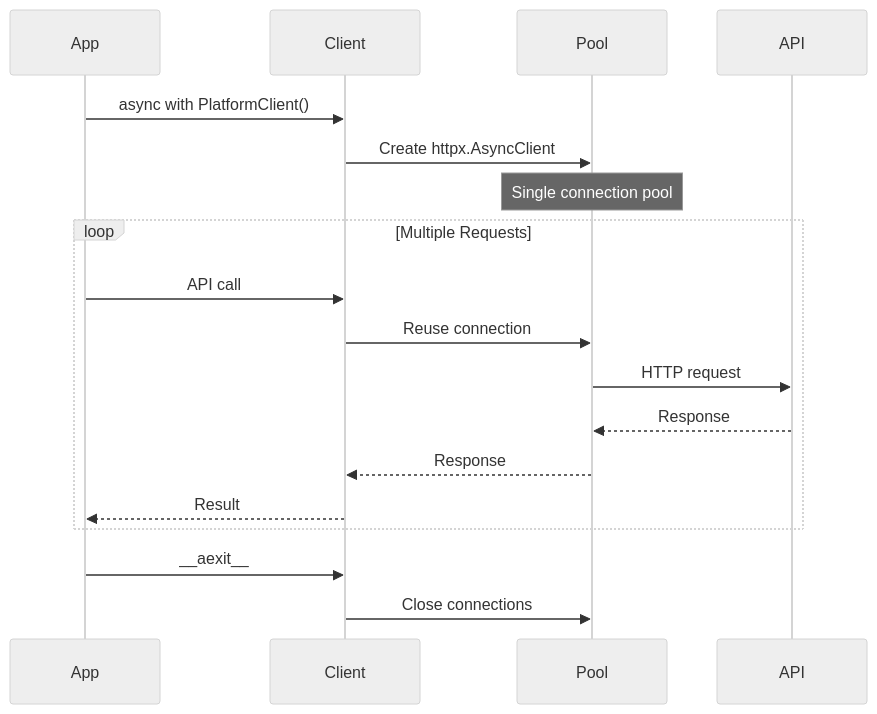
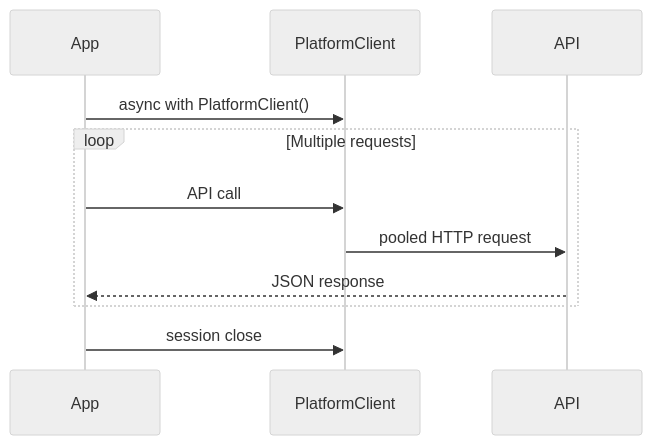
One commit to MervinPraison/PraisonAIDocs changed the second of 2 diagrams in docs/features/platform-sdk.mdx. Above: the diagram before and after it, drawn with Mermaid (neutral theme). The commit also changed other lines of this file and 4 other files, not shown here.

````diff
--- a/docs/features/platform-sdk.mdx
+++ b/docs/features/platform-sdk.mdx
@@ -78,23 +102,14 @@
 ```mermaid
 sequenceDiagram
     participant App
-    participant Client
-    participant Pool
+    participant Client as PlatformClient
     participant API
-    
+
     App->>Client: async with PlatformClient()
-    Client->>Pool: Create httpx.AsyncClient
-    Note over Pool: Single connection pool
-    
-    loop Multiple Requests
+    loop Multiple requests
         App->>Client: API call
-        Client->>Pool: Reuse connection
-        Pool->>API: HTTP request
-        API-->>Pool: Response
-        Pool-->>Client: Response
-        Client-->>App: Result
+        Client->>API: pooled HTTP request
+        API-->>App: JSON response
     end
-    
-    App->>Client: __aexit__
-    Client->>Pool: Close connections
+    App->>Client: session close
 ```
````
